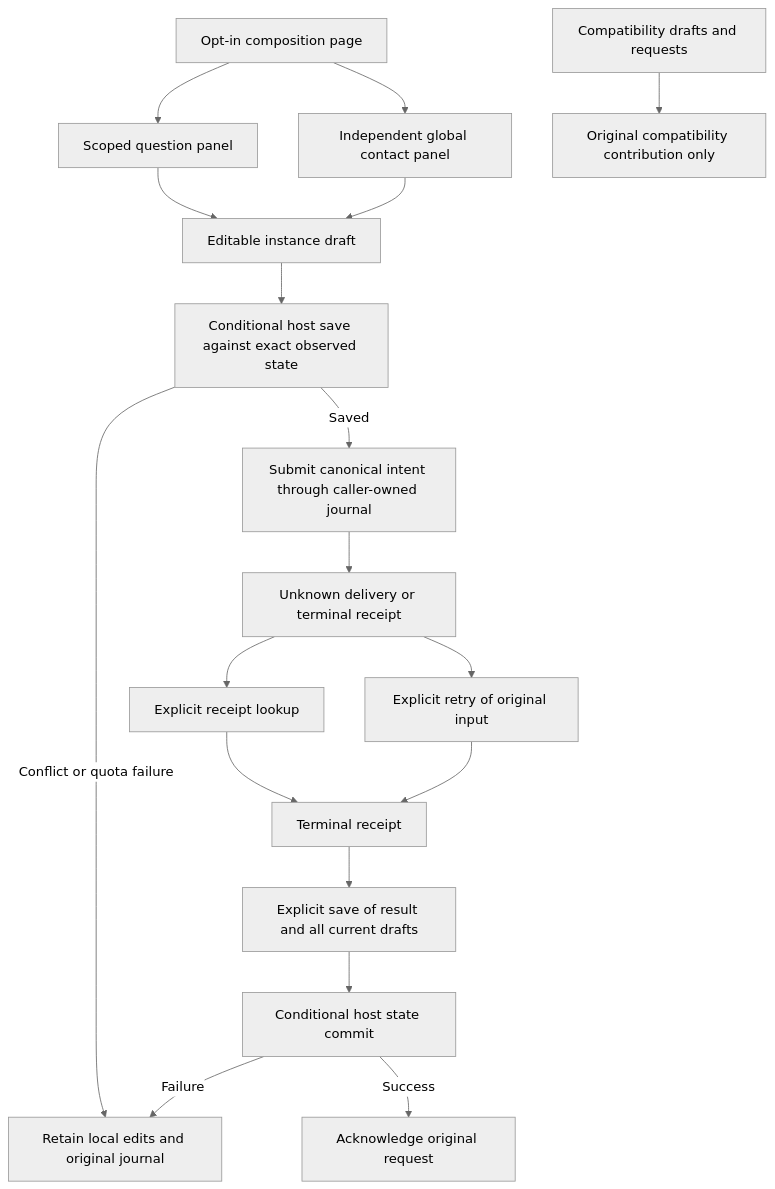
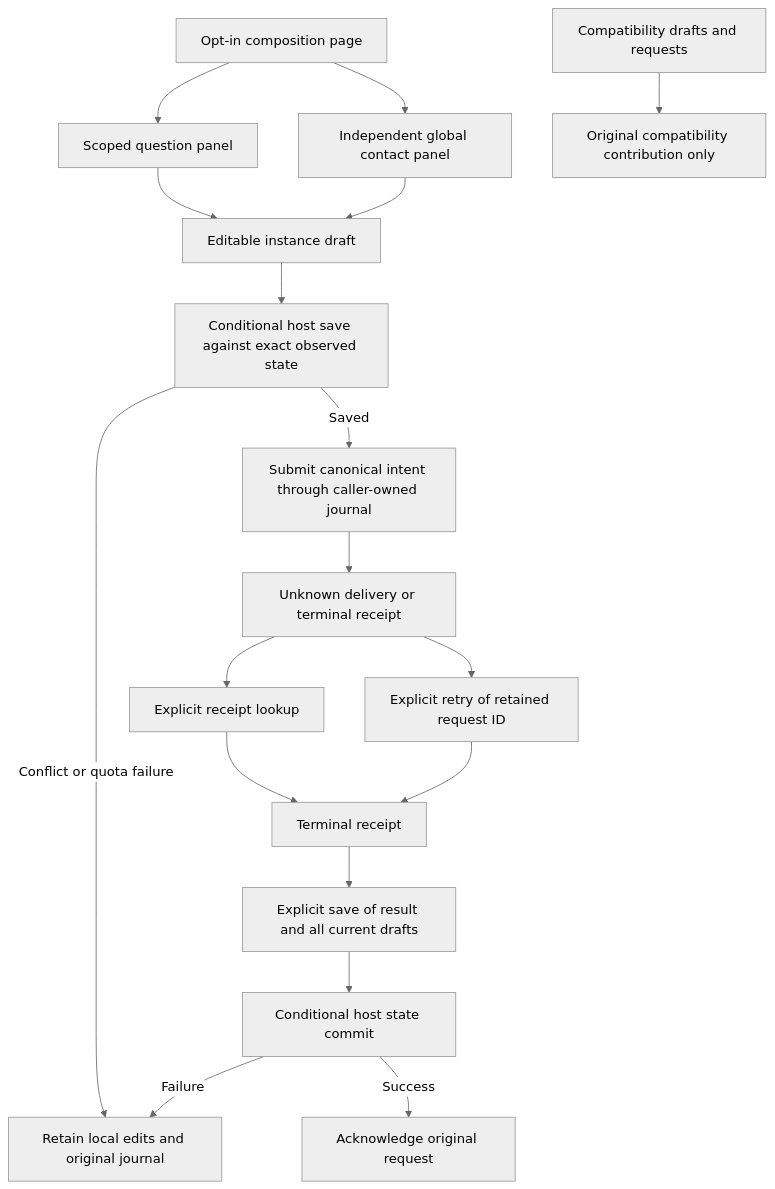
One commit to nloehlein-godaddy/helmsman changed the diagram in docs/authored-clarifications.md. Above: the diagram before and after it, drawn with Mermaid (neutral theme). The commit also changed other lines of this file and 21 other files, not shown here.

Commit message:
fix: preserve exact clarification request identities on retry

````diff
--- a/docs/authored-clarifications.md
+++ b/docs/authored-clarifications.md
@@ -29,20 +29,20 @@
 ```mermaid
 flowchart TD
     Page[Opt-in composition page] --> Question[Scoped question panel]
     Page --> Contact[Independent global contact panel]
     Question --> Draft[Editable instance draft]
     Contact --> Draft
     Draft --> CAS[Conditional host save against exact observed state]
     CAS -->|Conflict or quota failure| Retain[Retain local edits and original journal]
     CAS -->|Saved| Submit[Submit canonical intent through caller-owned journal]
     Submit --> Unknown[Unknown delivery or terminal receipt]
     Unknown --> Check[Explicit receipt lookup]
-    Unknown --> Retry[Explicit retry of original input]
+    Unknown --> Retry[Explicit retry of retained request ID]
     Check --> Receipt[Terminal receipt]
     Retry --> Receipt
     Receipt --> Save[Explicit save of result and all current drafts]
     Save --> CASResult[Conditional host state commit]
     CASResult -->|Failure| Retain
     CASResult -->|Success| Ack[Acknowledge original request]
     Legacy[Compatibility drafts and requests] --> Recovery[Original compatibility contribution only]
 ```
````
